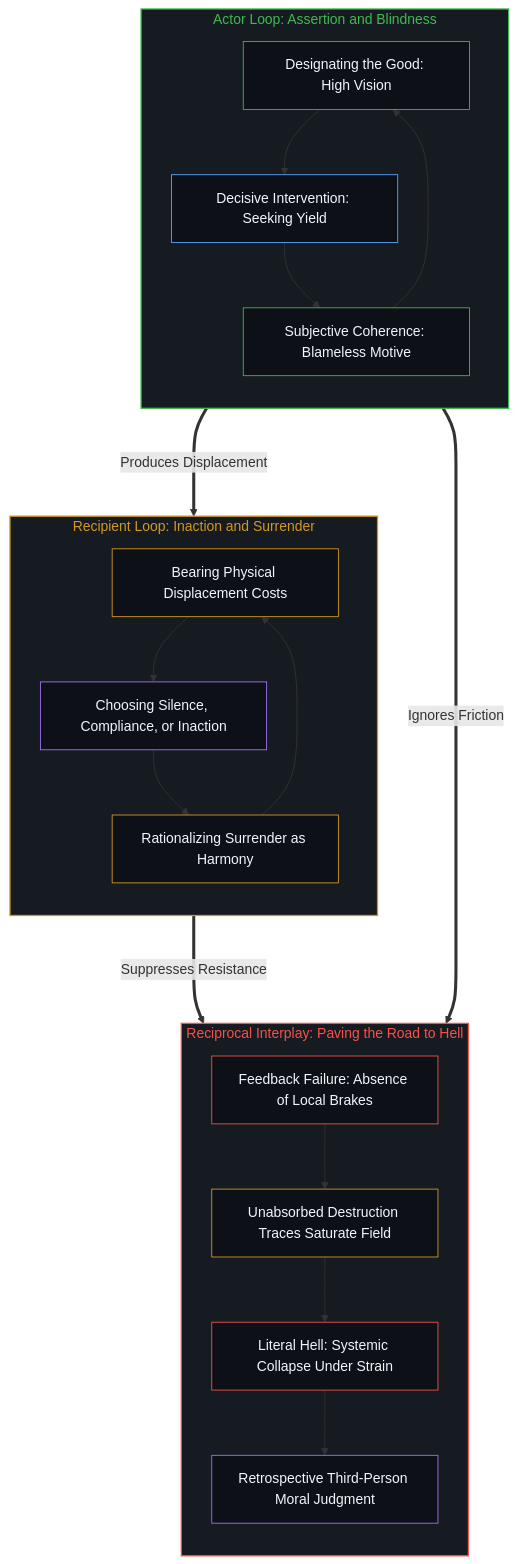
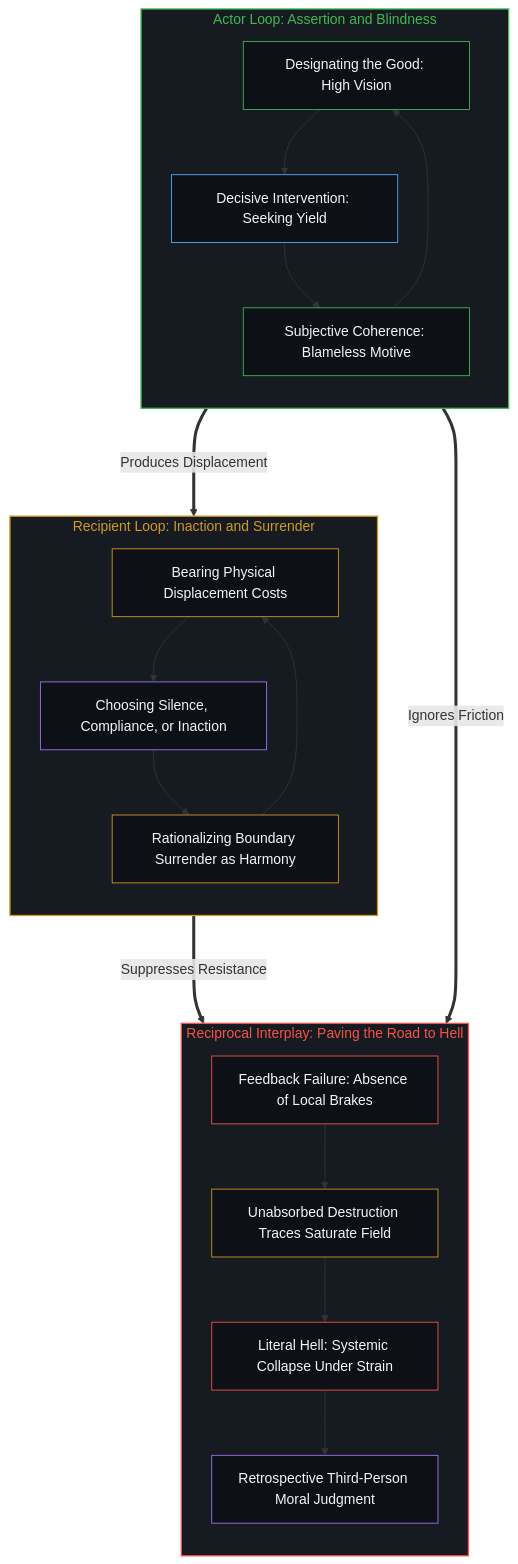
One commit to powerpig99/not-a-toe changed the fourth of 4 diagrams in content/posts/the-coin-of-good-and-evil-and-the-road-to-hell.md. Above: the diagram before and after it, drawn with Mermaid. The commit also changed other lines of this file and 7 other files, not shown here.

````diff
--- a/content/posts/the-coin-of-good-and-evil-and-the-road-to-hell.md
+++ b/content/posts/the-coin-of-good-and-evil-and-the-road-to-hell.md
@@ -209,55 +192,48 @@
 ```mermaid
 graph TD
     classDef default fill:#0d1117,stroke:#58a6ff,stroke-width:1px,color:#f0f6fc;
-
     subgraph S_Actor ["Actor Loop: Assertion and Blindness"]
         direction TB
         style S_Actor fill:#161b22,stroke:#3fb950,stroke-width:1.5px,color:#3fb950
         A_Goal["Designating the Good: High Vision"]
         A_Action["Decisive Intervention: Seeking Yield"]
         A_SelfRighteous["Subjective Coherence: Blameless Motive"]
         A_Goal --> A_Action
         A_Action --> A_SelfRighteous
         A_SelfRighteous --> A_Goal
     end
-
     subgraph S_Recipient ["Recipient Loop: Inaction and Surrender"]
         direction TB
         style S_Recipient fill:#161b22,stroke:#d29922,stroke-width:1.5px,color:#d29922
         R_Cost["Bearing Physical Displacement Costs"]
         R_Inaction["Choosing Silence, Compliance, or Inaction"]
-        R_SelfJustify["Rationalizing Surrender as Harmony"]
+        R_SelfJustify["Rationalizing Boundary Surrender as Harmony"]
         R_Cost --> R_Inaction
         R_Inaction --> R_SelfJustify
         R_SelfJustify --> R_Cost
     end
-
     subgraph S_Interplay ["Reciprocal Interplay: Paving the Road to Hell"]
         direction TB
         style S_Interplay fill:#161b22,stroke:#f85149,stroke-width:1.5px,color:#f85149
         I_FeedbackLoss["Feedback Failure: Absence of Local Brakes"]
         I_TraceAccumulation["Unabsorbed Destruction Traces Saturate Field"]
         I_SystemCollapse["Literal Hell: Systemic Collapse Under Strain"]
         I_MoralProjection["Retrospective Third-Person Moral Judgment"]
         I_FeedbackLoss --> I_TraceAccumulation
         I_TraceAccumulation --> I_SystemCollapse
         I_SystemCollapse --> I_MoralProjection
     end
-
     A_Action ===>|"Produces Displacement"| R_Cost
     R_Inaction ===>|"Suppresses Resistance"| I_FeedbackLoss
     A_SelfRighteous ===>|"Ignores Friction"| I_FeedbackLoss
-
     style A_Goal fill:#0d1117,stroke:#3fb950,stroke-width:1px,color:#f0f6fc
     style A_Action fill:#0d1117,stroke:#58a6ff,stroke-width:1px,color:#f0f6fc
     style A_SelfRighteous fill:#0d1117,stroke:#3fb950,stroke-width:1px,color:#f0f6fc
-
     style R_Cost fill:#0d1117,stroke:#d29922,stroke-width:1px,color:#f0f6fc
     style R_Inaction fill:#0d1117,stroke:#a371f7,stroke-width:1px,color:#f0f6fc
     style R_SelfJustify fill:#0d1117,stroke:#d29922,stroke-width:1px,color:#f0f6fc
-
     style I_FeedbackLoss fill:#0d1117,stroke:#f85149,stroke-width:1px,color:#f0f6fc
     style I_TraceAccumulation fill:#0d1117,stroke:#d29922,stroke-width:1px,color:#f0f6fc
     style I_SystemCollapse fill:#0d1117,stroke:#f85149,stroke-width:1px,color:#f0f6fc
     style I_MoralProjection fill:#0d1117,stroke:#a371f7,stroke-width:1px,color:#f0f6fc
 ```
````
